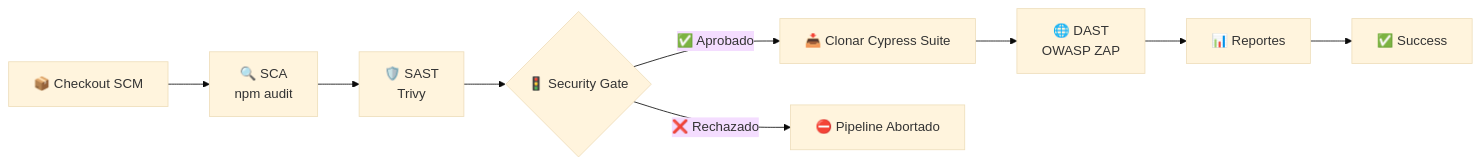
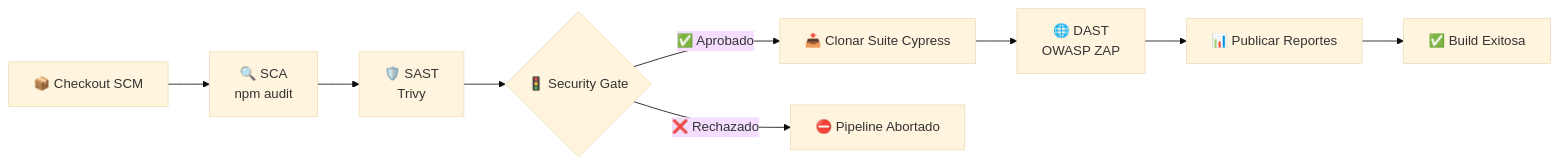
Before and after one commit to Danielito2252/Jenkins-Devsecops-Pipeline: the diagram in README.md, drawn with Mermaid (base theme). The commit also changed other lines of this file and 1 other file, not shown here.

````diff
--- a/README.md
+++ b/README.md
@@ -63,20 +66,20 @@
 ```mermaid
 graph LR
 
 A[📦 Checkout SCM]
---> B[🔍 SCA<br>npm audit]
+--> B[🔍 SCA<br/>npm audit]
 
-B --> C[🛡️ SAST<br>Trivy]
+B --> C[🛡️ SAST<br/>Trivy]
 
 C --> D{🚦 Security Gate}
 
-D -->|✅ Aprobado| E[📥 Clonar Cypress Suite]
+D -->|✅ Aprobado| E[📥 Clonar Suite Cypress]
 
 D -->|❌ Rechazado| F[⛔ Pipeline Abortado]
 
-E --> G[🌐 DAST<br>OWASP ZAP]
+E --> G[🌐 DAST<br/>OWASP ZAP]
 
-G --> H[📊 Reportes]
+G --> H[📊 Publicar Reportes]
 
-H --> I[✅ Success]
+H --> I[✅ Build Exitosa]
 ```
````
